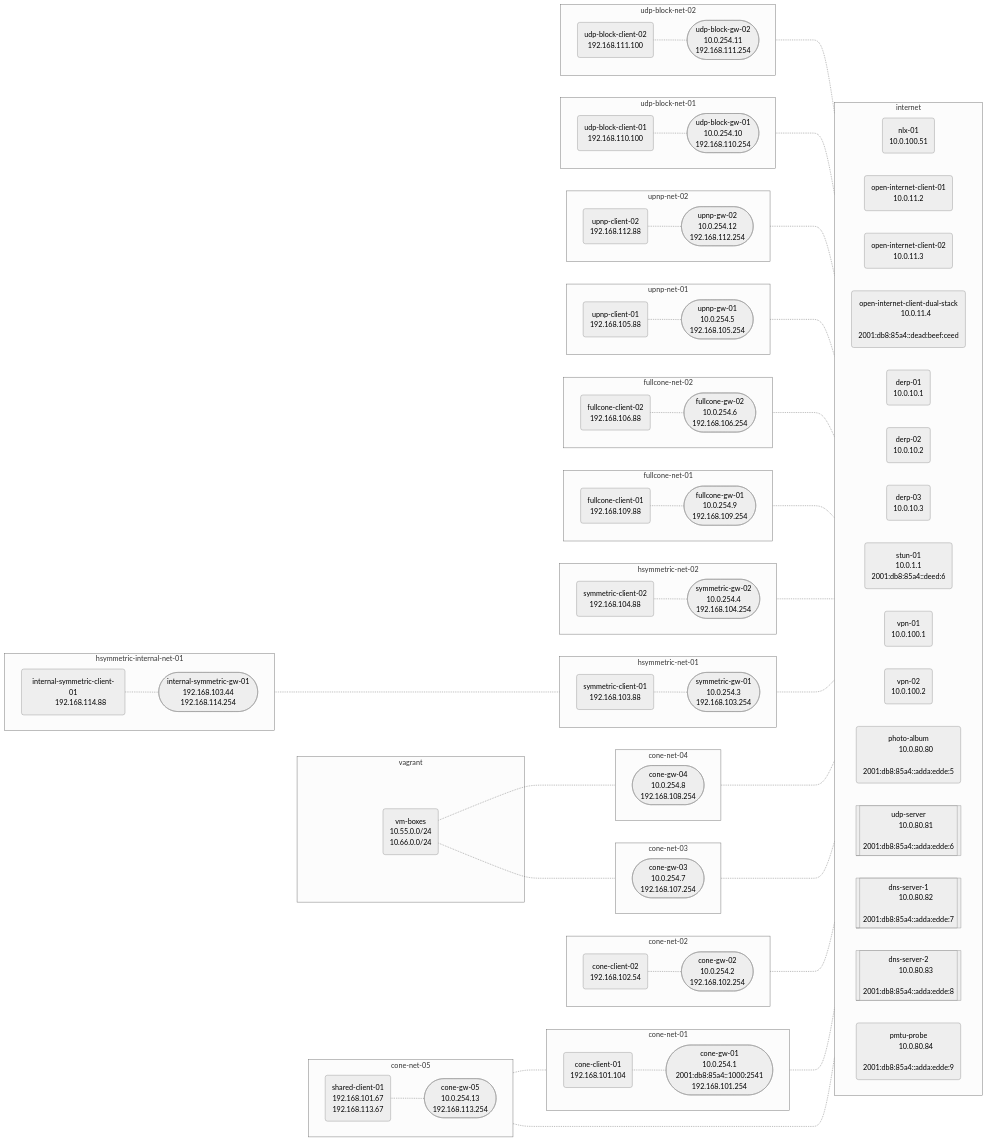
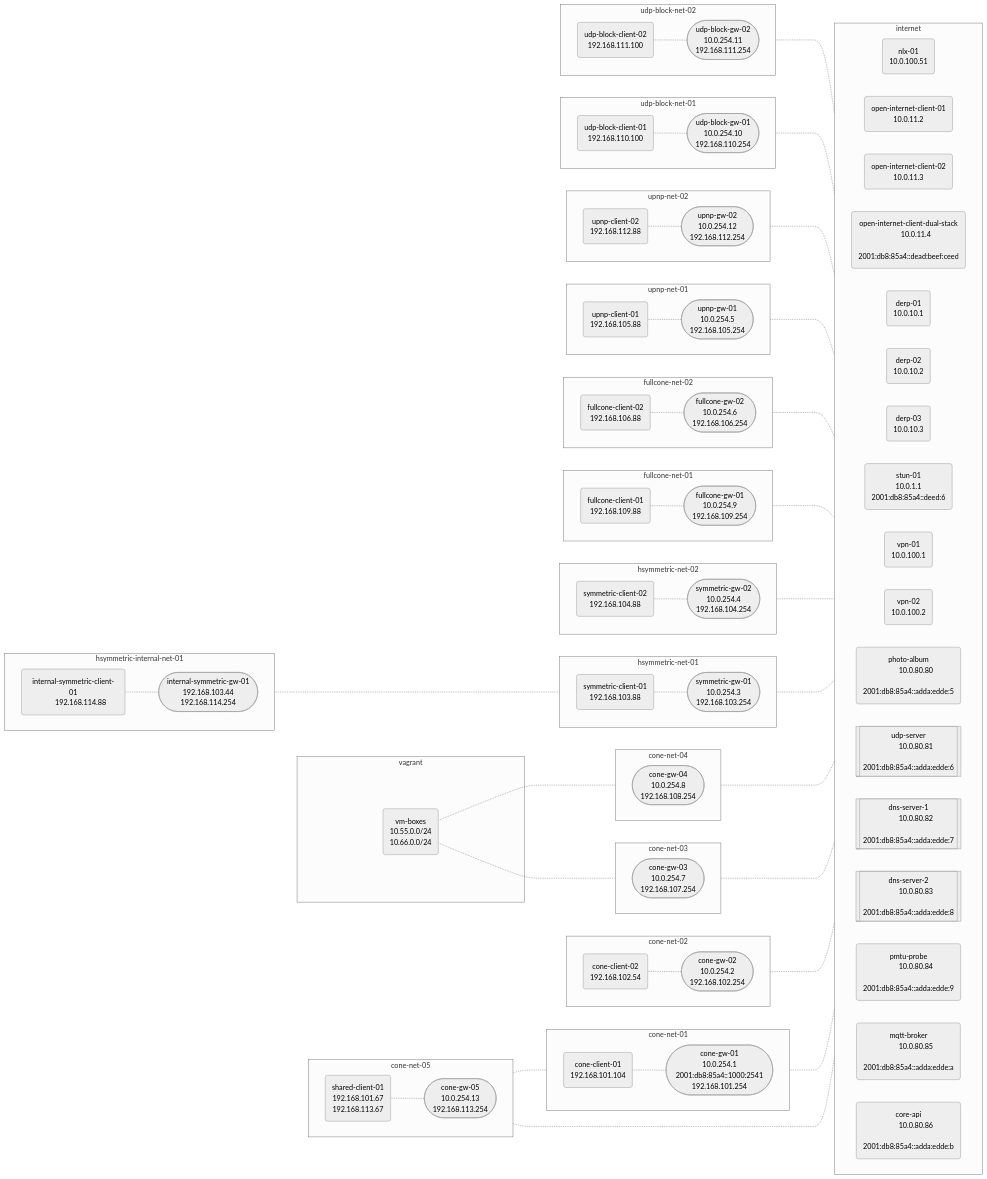
The diagram in nat-lab/network.md (NordSecurity/libtelio), drawn with Mermaid (neutral theme) before and after one commit. The commit also changed 4 other files, not shown here.

```diff
--- a/nat-lab/network.md
+++ b/nat-lab/network.md
@@ -43,6 +43,12 @@
     pmtu-probe("pmtu-probe
         10.0.80.84
         2001:db8:85a4::adda:edde:9")
+    mqtt-broker("mqtt-broker
+        10.0.80.85
+        2001:db8:85a4::adda:edde:a")
+    core-api("core-api
+        10.0.80.86
+        2001:db8:85a4::adda:edde:b")
   end
 
   %% Network cone-net-05
```
